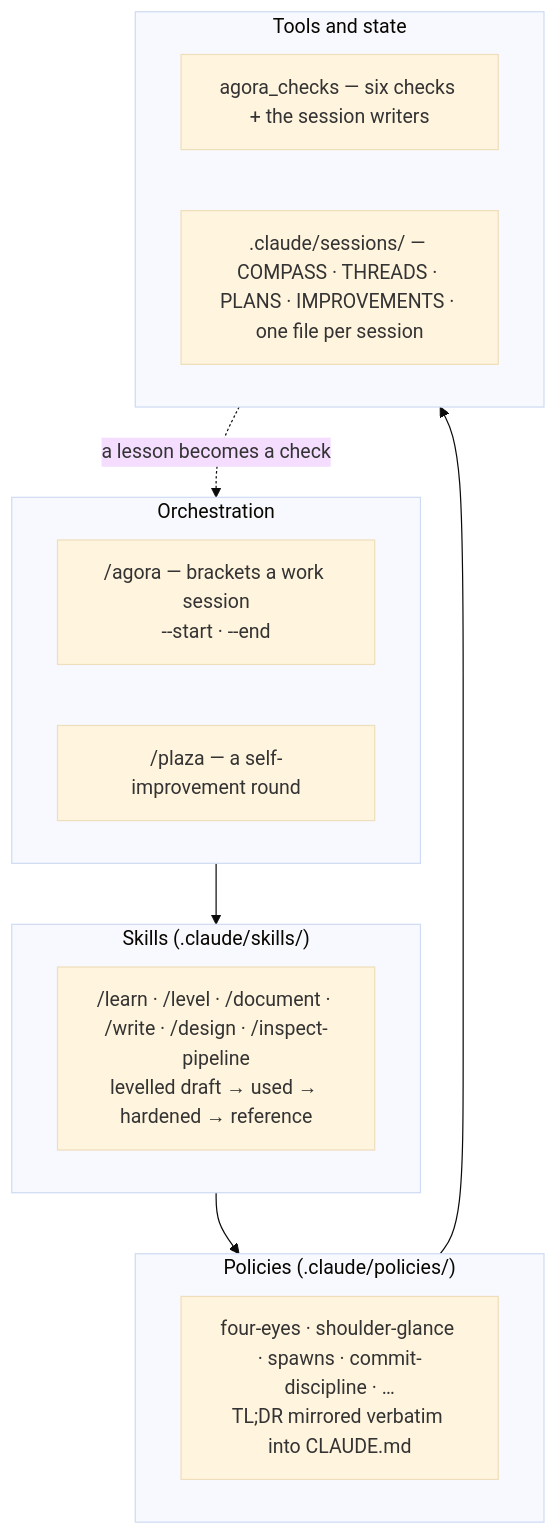
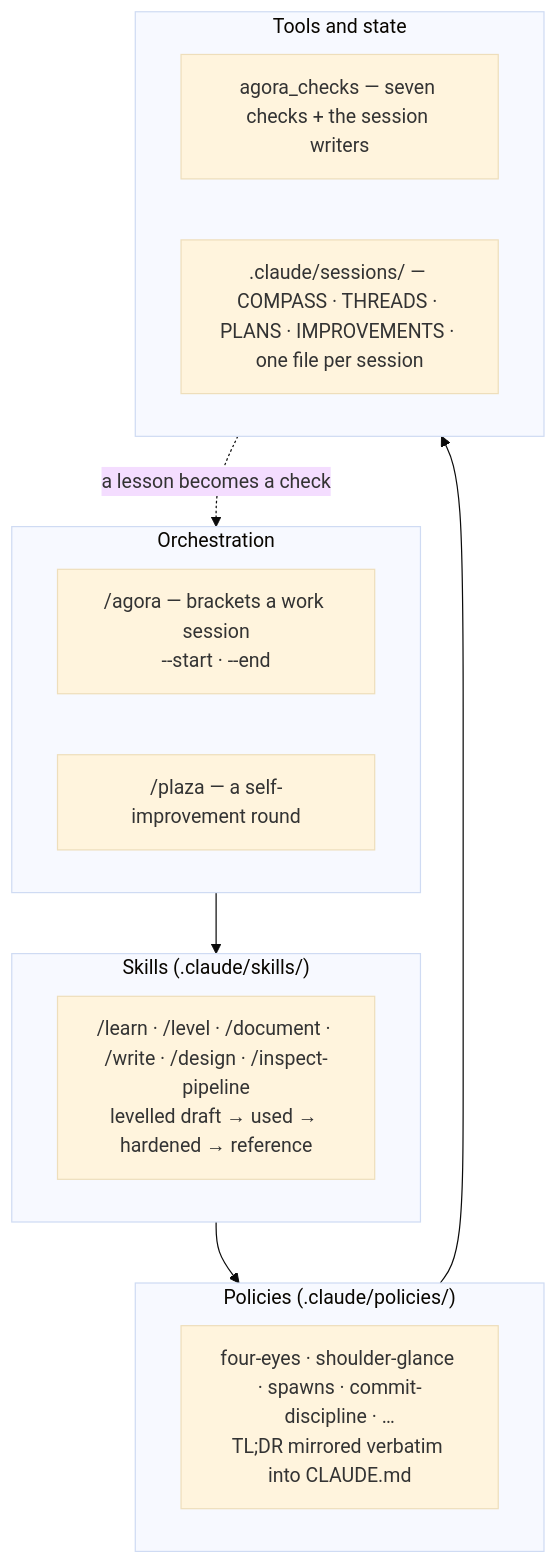
One commit to riccardito/agora-method changed the first of 2 diagrams in README.md. Above: the diagram before and after it, drawn with Mermaid (base theme). The commit also changed other lines of this file and 12 other files, not shown here.

````diff
--- a/README.md
+++ b/README.md
@@ -53,19 +85,19 @@
 ```mermaid
 flowchart TB
     subgraph L1["Orchestration"]
         A["/agora — brackets a work session<br/>--start · --end"]
         P["/plaza — a self-improvement round"]
     end
     subgraph L2["Skills  (.claude/skills/)"]
         S["/learn · /level · /document · /write · /design · /inspect-pipeline<br/>levelled draft → used → hardened → reference"]
     end
     subgraph L3["Policies  (.claude/policies/)"]
         R["four-eyes · shoulder-glance · spawns · commit-discipline · …<br/>TL;DR mirrored verbatim into CLAUDE.md"]
     end
     subgraph L4["Tools and state"]
-        C["agora_checks — six checks + the session writers"]
+        C["agora_checks — seven checks + the session writers"]
         F[".claude/sessions/ — COMPASS · THREADS · PLANS · IMPROVEMENTS · one file per session"]
     end
     L1 --> L2 --> L3 --> L4
     L4 -. "a lesson becomes a check" .-> L1
 ```
````
